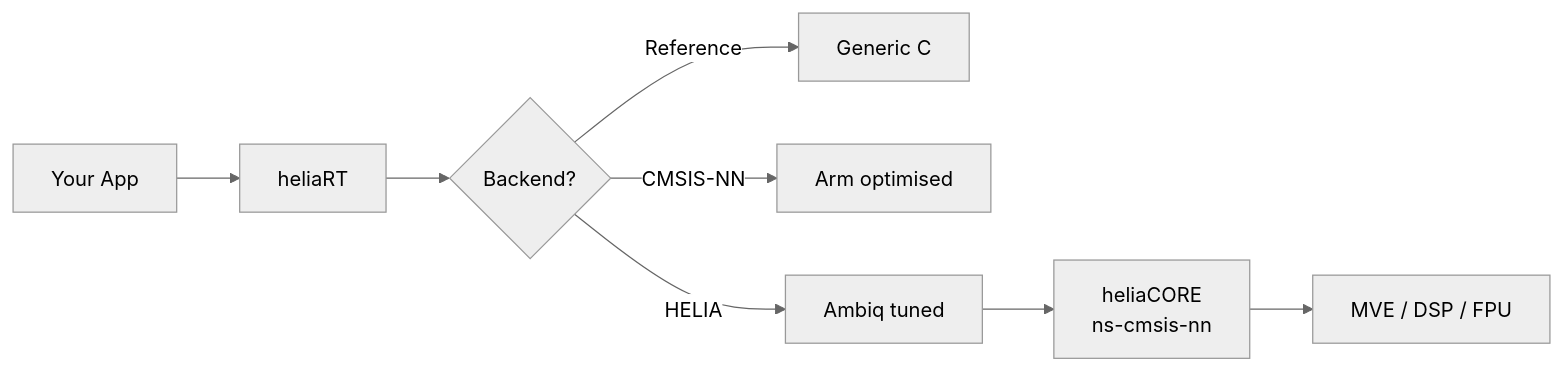
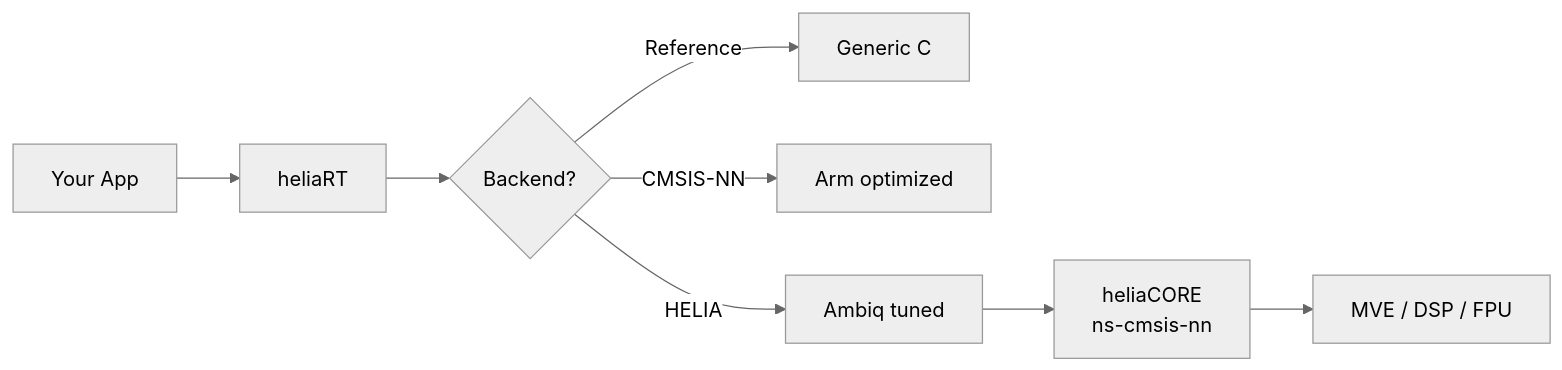
Before and after one commit to AmbiqAI/helia-rt: the diagram in docs/why-helia-rt.md, drawn with Mermaid (neutral theme). The commit also changed other lines of this file and 10 other files, not shown here.

````diff
--- a/docs/why-helia-rt.md
+++ b/docs/why-helia-rt.md
@@ -18,10 +18,10 @@
 ```mermaid
 graph LR
     A[Your App] --> B[heliaRT]
     B --> C{Backend?}
     C -->|Reference| D[Generic C]
-    C -->|CMSIS-NN| E[Arm optimised]
+    C -->|CMSIS-NN| E[Arm optimized]
     C -->|HELIA| F[Ambiq tuned]
     F --> G[heliaCORE<br/>ns-cmsis-nn]
     G --> H[MVE / DSP / FPU]
 ```
````
